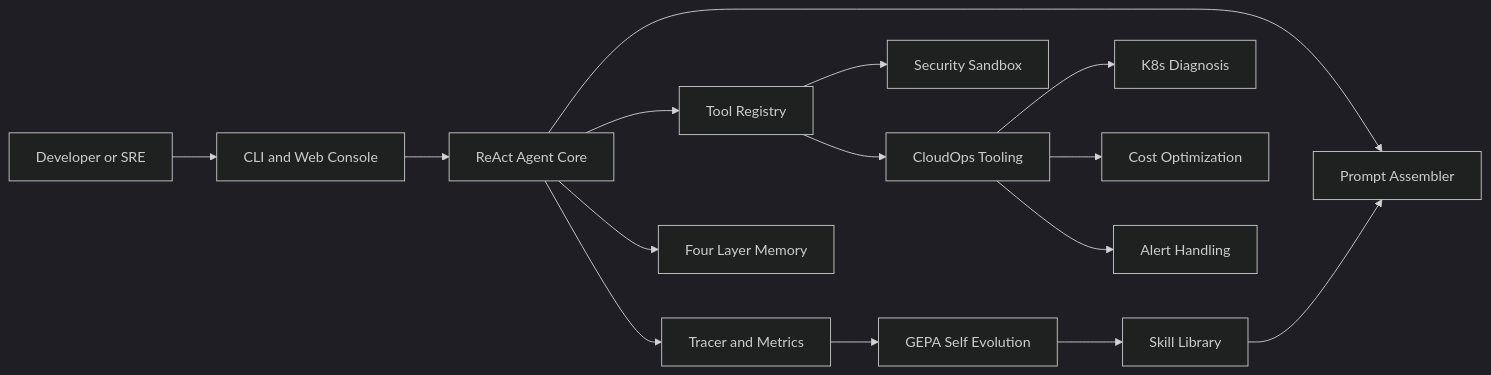
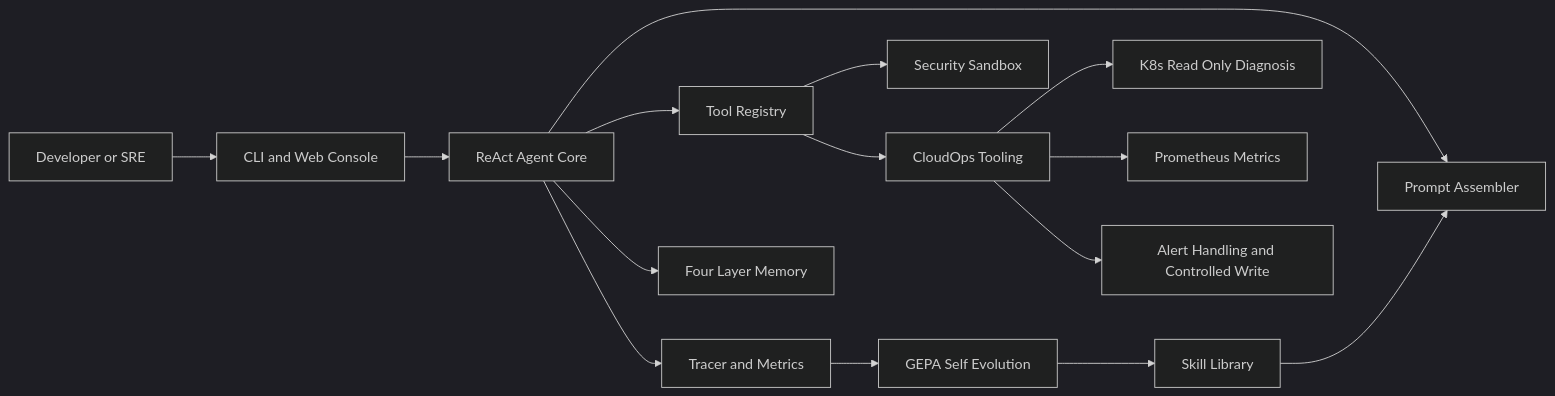
One commit to mjydear/mjy_agent changed the first of 2 diagrams in README.md. Above: the diagram before and after it, drawn with Mermaid (dark theme). The commit also changed other lines of this file and 58 other files, not shown here.

First line of the commit message:
refactor(cloud-ops): 清理旧版 mock 工具链,统一到真实 K8s/Prometheus 实现

````diff
--- a/README.md
+++ b/README.md
@@ -41,17 +41,17 @@
 ```mermaid
 flowchart LR
 	User[Developer or SRE] --> CLI[CLI and Web Console]
 	CLI --> Agent[ReAct Agent Core]
 	Agent --> Prompt[Prompt Assembler]
 	Agent --> Tools[Tool Registry]
 	Agent --> Memory[Four Layer Memory]
 	Tools --> Sandbox[Security Sandbox]
 	Tools --> Cloud[CloudOps Tooling]
 	Agent --> Trace[Tracer and Metrics]
 	Trace --> GEPA[GEPA Self Evolution]
 	GEPA --> Skills[Skill Library]
 	Skills --> Prompt
-	Cloud --> K8s[K8s Diagnosis]
-	Cloud --> Cost[Cost Optimization]
-	Cloud --> Alert[Alert Handling]
+	Cloud --> K8s[K8s Read Only Diagnosis]
+	Cloud --> Prom[Prometheus Metrics]
+	Cloud --> Alert[Alert Handling and Controlled Write]
 ```
````
